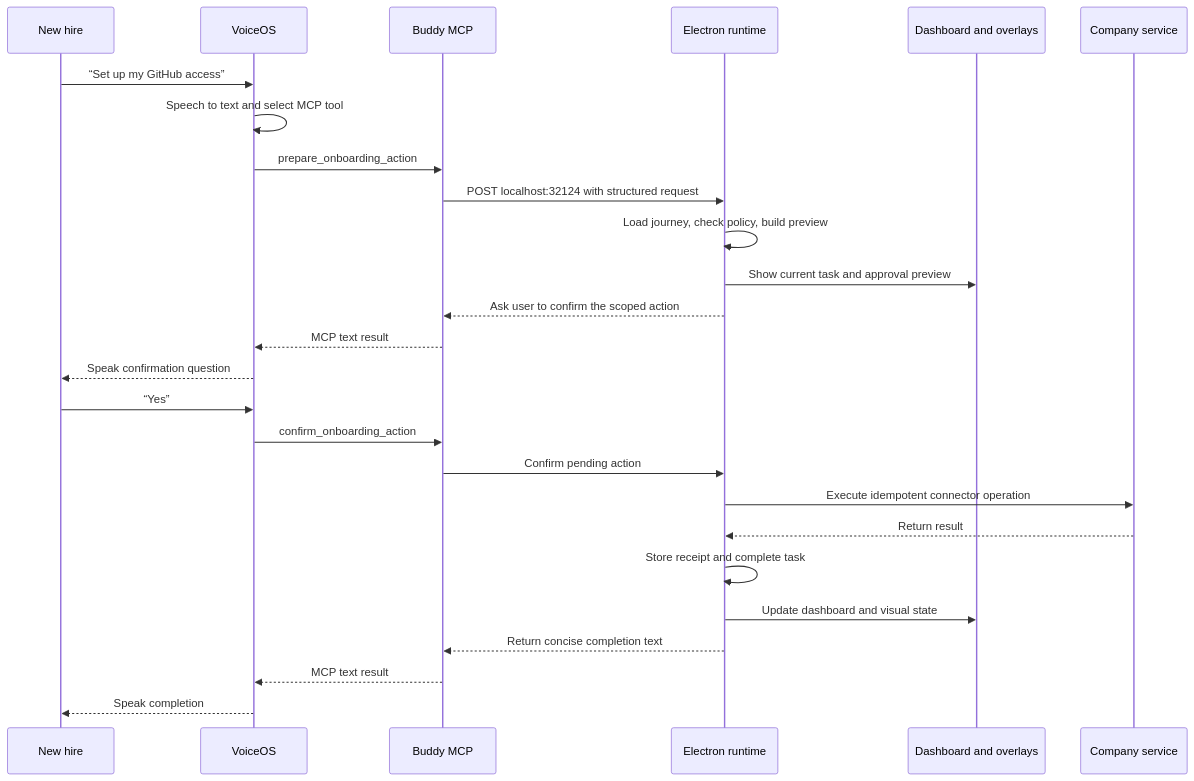
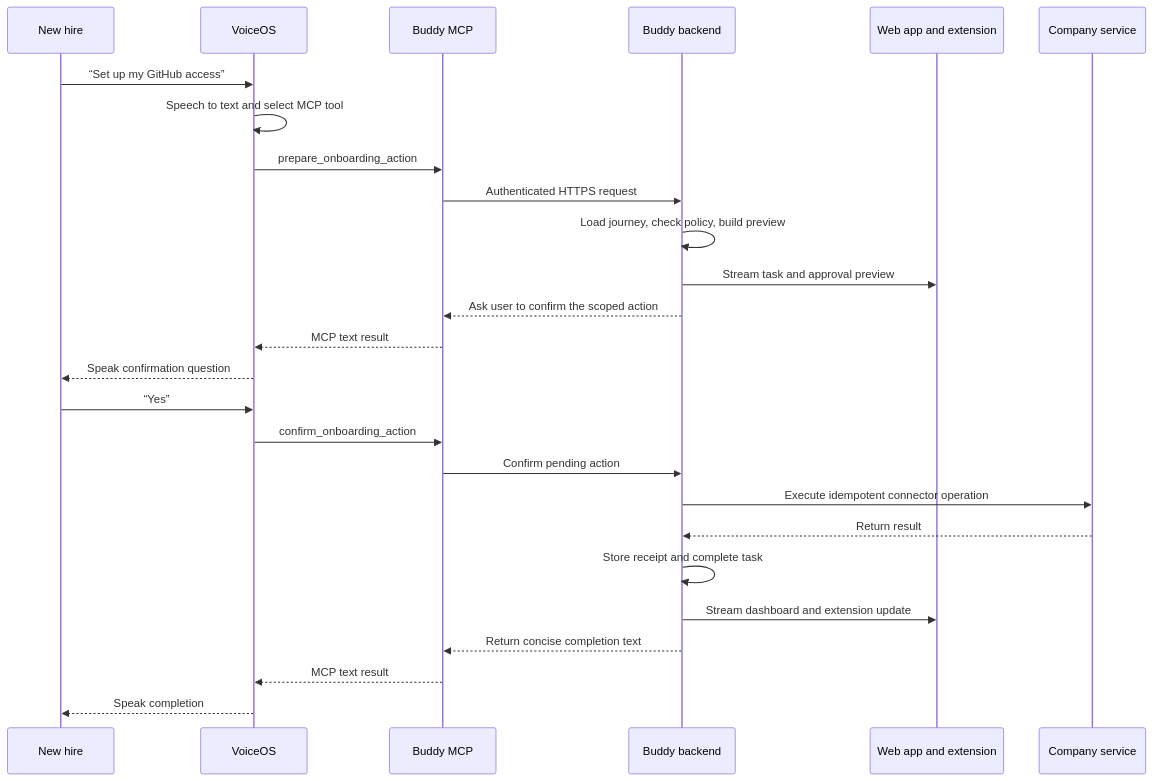
The second of 2 diagrams in AMS_Onboarding_Buddy_Architecture.md (abhie2005/VoiceOS-SETUP), drawn with Mermaid before and after one commit. The commit also changed other lines of this file, not shown here.

First line of the commit message:
Align architecture with web-only runtime

````diff
--- a/AMS_Onboarding_Buddy_Architecture.md
+++ b/AMS_Onboarding_Buddy_Architecture.md
@@ -106,29 +110,29 @@
 ```mermaid
 sequenceDiagram
   participant U as New hire
   participant V as VoiceOS
   participant M as Buddy MCP
-  participant E as Electron runtime
-  participant UI as Dashboard and overlays
+  participant B as Buddy backend
+  participant W as Web app and extension
   participant S as Company service
 
   U->>V: “Set up my GitHub access”
   V->>V: Speech to text and select MCP tool
   V->>M: prepare_onboarding_action
-  M->>E: POST localhost:32124 with structured request
-  E->>E: Load journey, check policy, build preview
-  E->>UI: Show current task and approval preview
-  E-->>M: Ask user to confirm the scoped action
+  M->>B: Authenticated HTTPS request
+  B->>B: Load journey, check policy, build preview
+  B->>W: Stream task and approval preview
+  B-->>M: Ask user to confirm the scoped action
   M-->>V: MCP text result
   V-->>U: Speak confirmation question
   U->>V: “Yes”
   V->>M: confirm_onboarding_action
-  M->>E: Confirm pending action
-  E->>S: Execute idempotent connector operation
-  S-->>E: Return result
-  E->>E: Store receipt and complete task
-  E->>UI: Update dashboard and visual state
-  E-->>M: Return concise completion text
+  M->>B: Confirm pending action
+  B->>S: Execute idempotent connector operation
+  S-->>B: Return result
+  B->>B: Store receipt and complete task
+  B->>W: Stream dashboard and extension update
+  B-->>M: Return concise completion text
   M-->>V: MCP text result
   V-->>U: Speak completion
 ```
````
